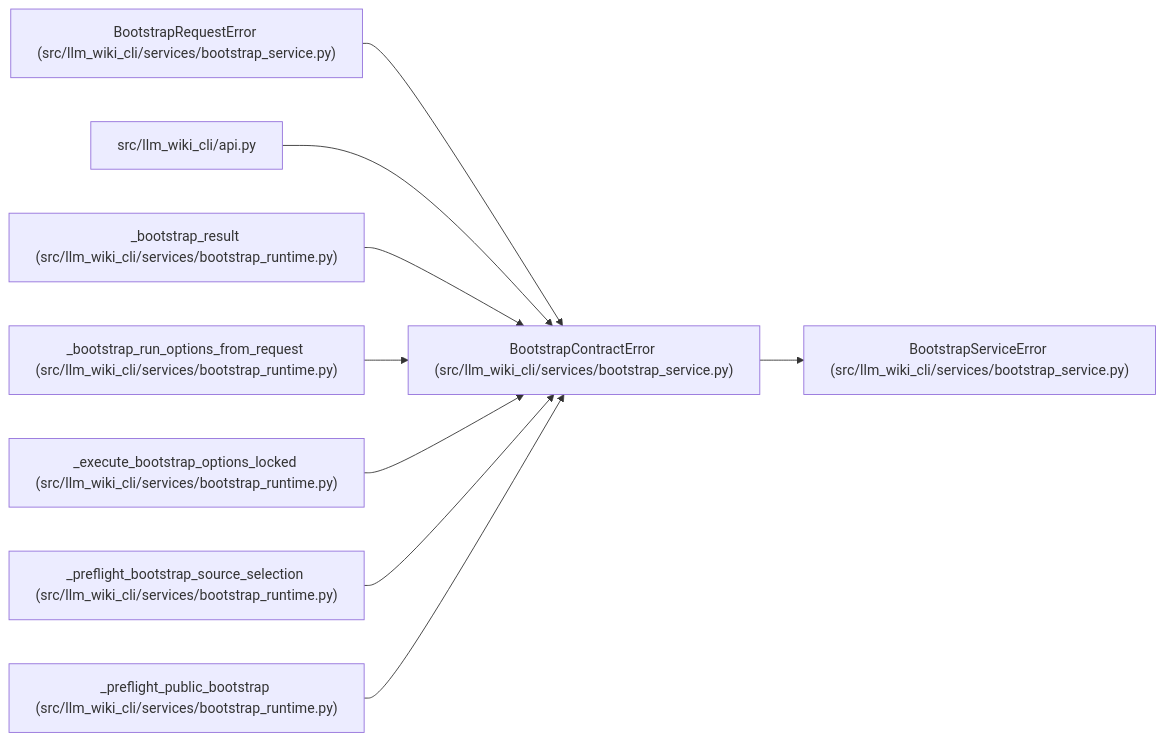
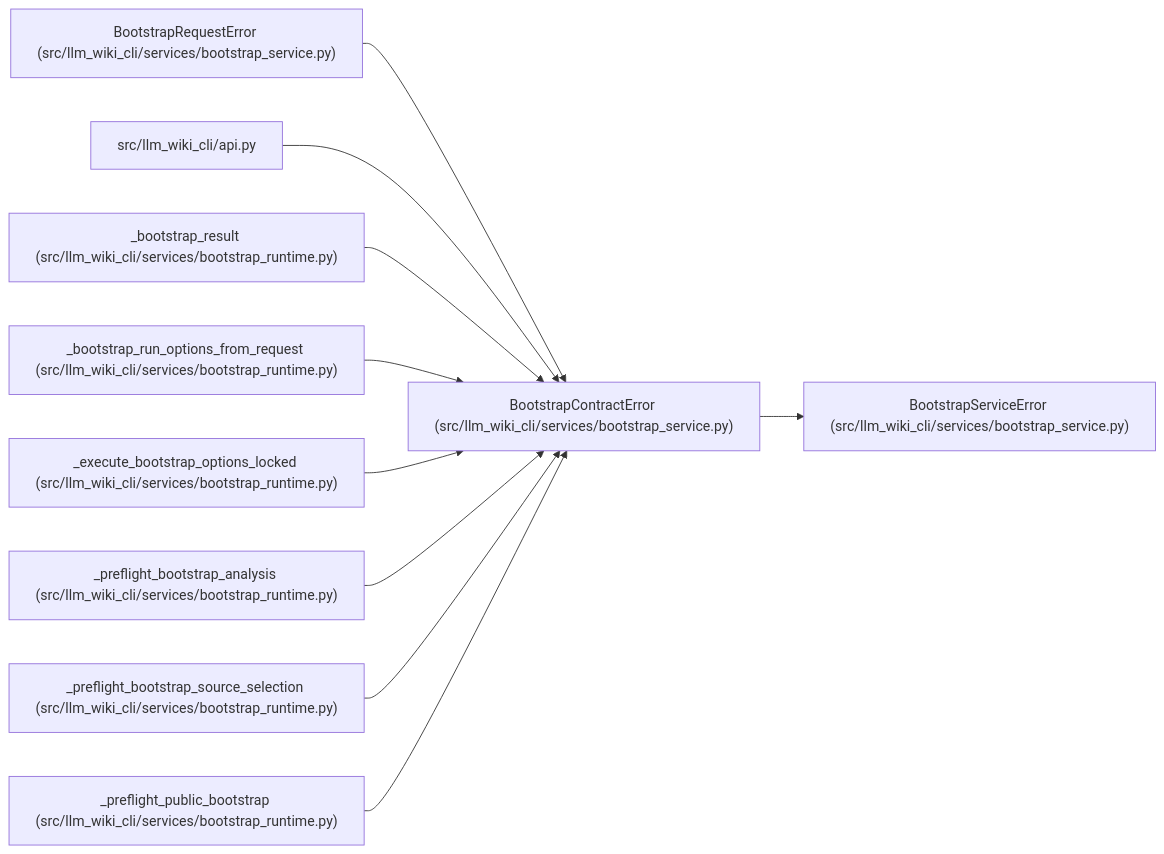
One commit to Denissvgn/python-wiki-llm changed the diagram in docs/llm_wiki/entities/BootstrapContractError.md. Above: the diagram before and after it, drawn with Mermaid. The commit also changed other lines of this file and 761 other files, not shown here.

````diff
--- a/docs/llm_wiki/entities/BootstrapContractError.md
+++ b/docs/llm_wiki/entities/BootstrapContractError.md
@@ -23,29 +23,32 @@
 ```mermaid
 flowchart LR
     n0["BootstrapContractError (src/llm_wiki_cli/services/bootstrap_service.py)"]
     n1["BootstrapServiceError (src/llm_wiki_cli/services/bootstrap_service.py)"]
     n2["BootstrapRequestError (src/llm_wiki_cli/services/bootstrap_service.py)"]
     n3["src/llm_wiki_cli/api.py"]
     n4["_bootstrap_result (src/llm_wiki_cli/services/bootstrap_runtime.py)"]
     n5["_bootstrap_run_options_from_request (src/llm_wiki_cli/services/bootstrap_runtime.py)"]
     n6["_execute_bootstrap_options_locked (src/llm_wiki_cli/services/bootstrap_runtime.py)"]
-    n7["_preflight_bootstrap_source_selection (src/llm_wiki_cli/services/bootstrap_runtime.py)"]
-    n8["_preflight_public_bootstrap (src/llm_wiki_cli/services/bootstrap_runtime.py)"]
+    n7["_preflight_bootstrap_analysis (src/llm_wiki_cli/services/bootstrap_runtime.py)"]
+    n8["_preflight_bootstrap_source_selection (src/llm_wiki_cli/services/bootstrap_runtime.py)"]
+    n9["_preflight_public_bootstrap (src/llm_wiki_cli/services/bootstrap_runtime.py)"]
     n0 --> n1
     n2 --> n0
     n3 --> n0
     n4 --> n0
     n5 --> n0
     n6 --> n0
     n7 --> n0
     n8 --> n0
+    n9 --> n0
     click n0 "../modules/bootstrap_service.md"
     click n1 "../modules/bootstrap_service.md"
     click n2 "../modules/bootstrap_service.md"
     click n3 "../modules/api.md"
     click n4 "../modules/bootstrap_runtime.md"
     click n5 "../modules/bootstrap_runtime.md"
     click n6 "../modules/bootstrap_runtime.md"
     click n7 "../modules/bootstrap_runtime.md"
     click n8 "../modules/bootstrap_runtime.md"
+    click n9 "../modules/bootstrap_runtime.md"
 ```
````
